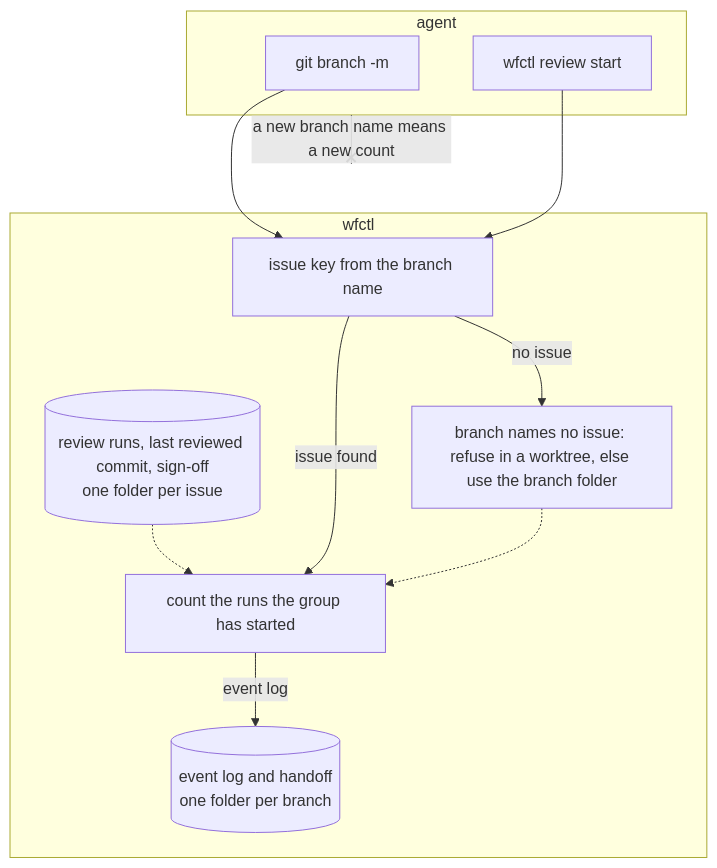
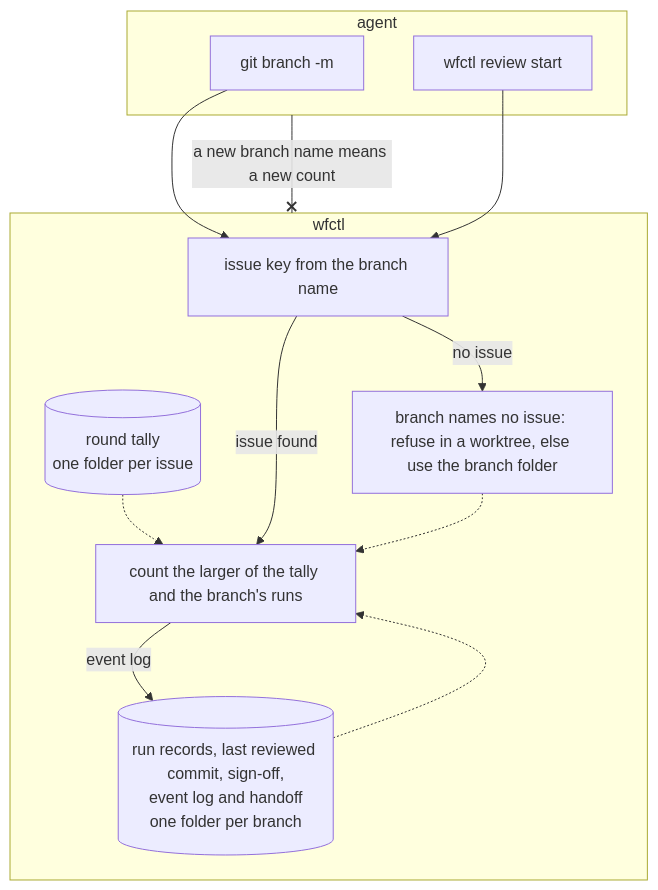
Before and after one commit to aamarin/wfctl: the diagram in docs/architecture/review-round-issue-key.md, drawn with Mermaid. The commit also changed other lines of this file and 8 other files, not shown here.

First line of the commit message:
fix(review): share only the round count across an issue, not what a branch reviewed

````diff
--- a/docs/architecture/review-round-issue-key.md
+++ b/docs/architecture/review-round-issue-key.md
@@ -63,23 +76,24 @@
 ```mermaid
 flowchart TB
   subgraph agent["agent"]
     rename["git branch -m"]
     start["wfctl review start"]
   end
   subgraph wfctl
     key["issue key from the branch name"]
-    issue[("review runs, last reviewed commit, sign-off<br/>one folder per issue")]
-    branch[("event log and handoff<br/>one folder per branch")]
-    count["count the runs the group has started"]
+    issue[("round tally<br/>one folder per issue")]
+    branch[("run records, last reviewed commit, sign-off,<br/>event log and handoff<br/>one folder per branch")]
+    count["count the larger of the tally and the branch's runs"]
     nokey["branch names no issue: refuse in a worktree, else use the branch folder"]
   end
 
   rename --> key
   start --> key
   key -- "issue found" --> count
   key -- "no issue" --> nokey
   issue -.-> count
+  branch -.-> count
   nokey -.-> count
   count -- "event log" --> branch
   agent -- "a new branch name means a new count" --x wfctl
 ```
````
